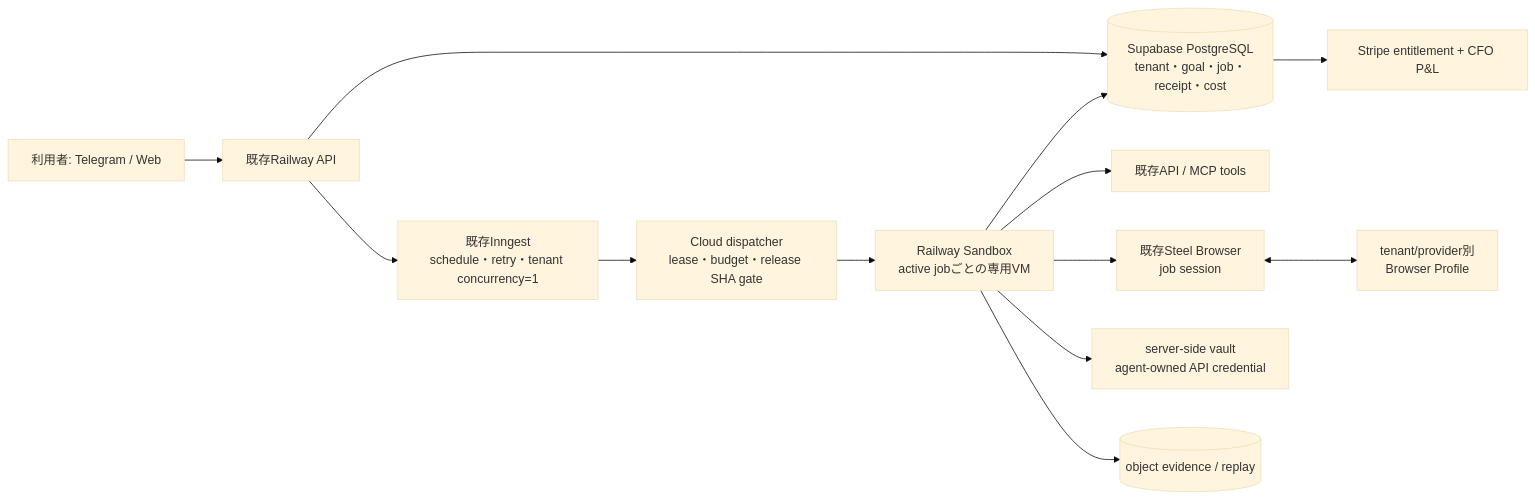
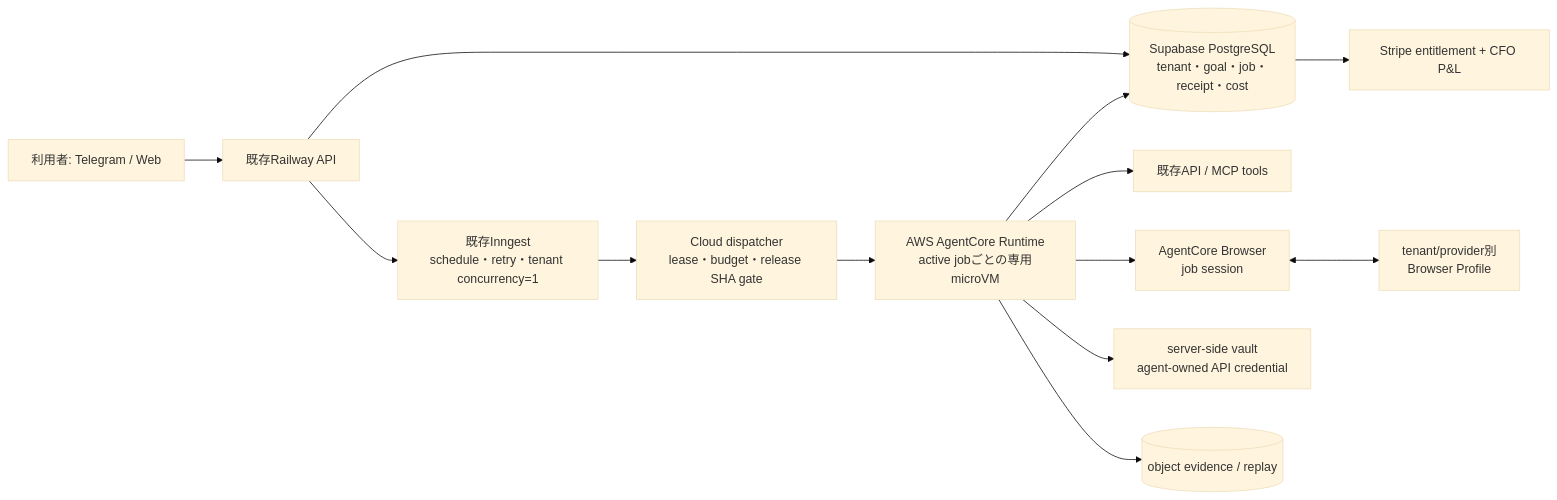
Before and after one commit to Daisuke134/life-manager: the second of 2 diagrams in docs/superpowers/specs/2026-09-28-life-manager-agentcore-cloud-design.md, drawn with Mermaid (base theme). The commit also changed other lines of this file and 1 other file, not shown here.

````diff
--- a/docs/superpowers/specs/2026-09-28-life-manager-agentcore-cloud-design.md
+++ b/docs/superpowers/specs/2026-09-28-life-manager-agentcore-cloud-design.md
@@ -79,15 +81,15 @@
 ```mermaid
 flowchart LR
   U[利用者: Telegram / Web] --> API[既存Railway API]
   API --> PG[(Supabase PostgreSQL<br/>tenant・goal・job・receipt・cost)]
   API --> Q[既存Inngest<br/>schedule・retry・tenant concurrency=1]
   Q --> D[Cloud dispatcher<br/>lease・budget・release SHA gate]
-  D --> R[Railway Sandbox<br/>active jobごとの専用VM]
+  D --> R[AWS AgentCore Runtime<br/>active jobごとの専用microVM]
   R --> G[既存API / MCP tools]
-  R --> B[既存Steel Browser<br/>job session]
+  R --> B[AgentCore Browser<br/>job session]
   B <--> P[tenant/provider別<br/>Browser Profile]
   R --> I[server-side vault<br/>agent-owned API credential]
   R --> E[(object evidence / replay)]
   R --> PG
   PG --> S[Stripe entitlement + CFO P&L]
 ```
````
